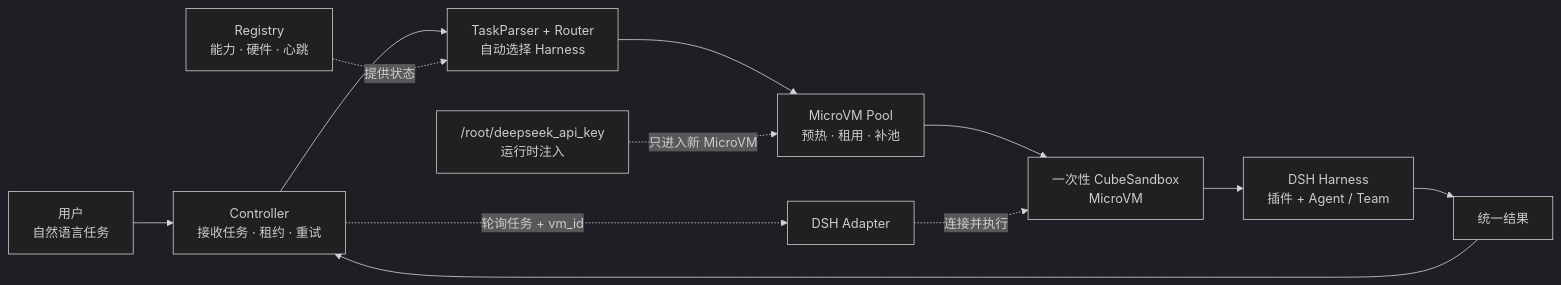
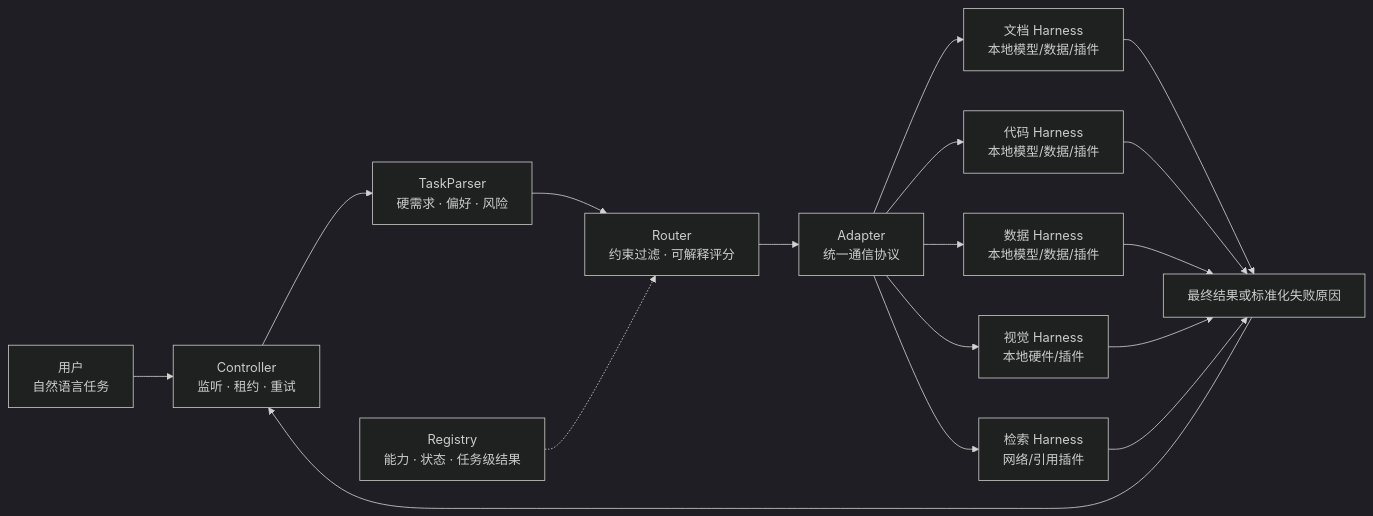
Before and after one commit to ahuidffwkjf/heterogeneous-agent-routing: the diagram in README.md, drawn with Mermaid (dark theme). The commit also changed other lines of this file and 12 other files, not shown here.

````diff
--- a/README.md
+++ b/README.md
@@ -11,15 +11,21 @@
 ```mermaid
 flowchart LR
-    U["用户<br/>自然语言任务"] --> C["Controller<br/>接收任务 · 租约 · 重试"]
-    C --> R["TaskParser + Router<br/>自动选择 Harness"]
-    R --> P["MicroVM Pool<br/>预热 · 租用 · 补池"]
-    P --> V["一次性 CubeSandbox<br/>MicroVM"]
-    V --> H["DSH Harness<br/>插件 + Agent / Team"]
-    H --> O["统一结果"]
+    U["用户<br/>自然语言任务"] --> C["Controller<br/>监听 · 租约 · 重试"]
+    C --> P["TaskParser<br/>硬需求 · 偏好 · 风险"]
+    P --> R["Router<br/>约束过滤 · 可解释评分"]
+    G["Registry<br/>能力 · 状态 · 任务级结果"] -.-> R
+    R --> A["Adapter<br/>统一通信协议"]
+
+    A --> H1["文档 Harness<br/>本地模型/数据/插件"]
+    A --> H2["代码 Harness<br/>本地模型/数据/插件"]
+    A --> H3["数据 Harness<br/>本地模型/数据/插件"]
+    A --> H4["视觉 Harness<br/>本地硬件/插件"]
+    A --> H5["检索 Harness<br/>网络/引用插件"]
+
+    H1 --> O["最终结果或标准化失败原因"]
+    H2 --> O
+    H3 --> O
+    H4 --> O
+    H5 --> O
     O --> C
-
-    REG["Registry<br/>能力 · 硬件 · 心跳"] -. "提供状态" .-> R
-    C -. "轮询任务 + vm_id" .-> A["DSH Adapter"]
-    A -. "连接并执行" .-> V
-    S["/root/deepseek_api_key<br/>运行时注入"] -. "只进入新 MicroVM" .-> P
 ```
````
